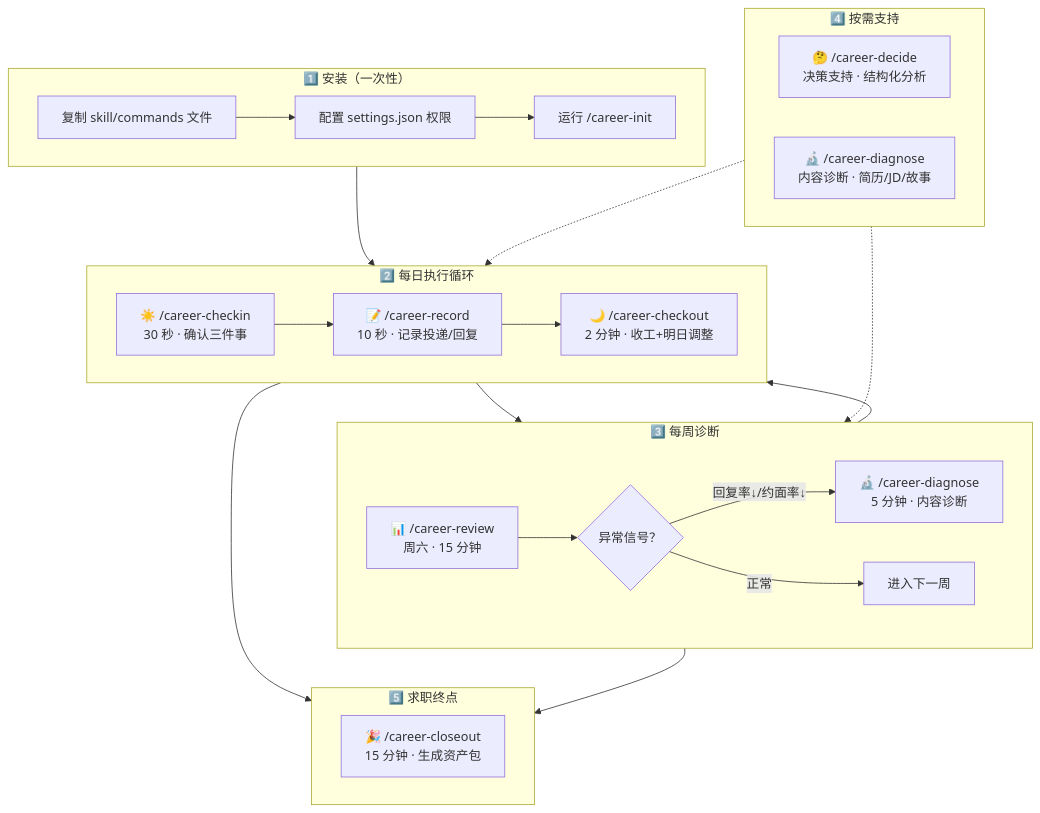
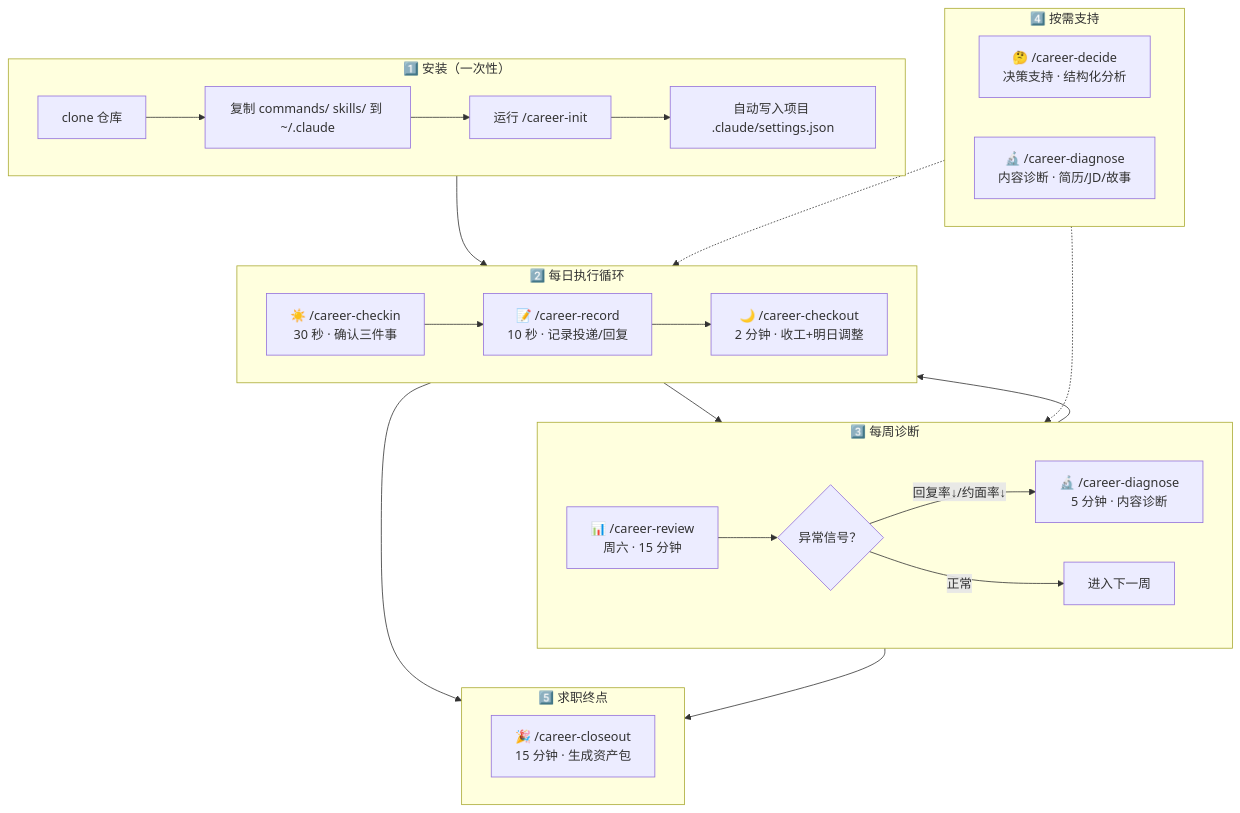
One commit to tangzzz-fan/career-coach-claude-skill changed the first of 3 diagrams in README.md. Above: the diagram before and after it, drawn with Mermaid. The commit also changed other lines of this file and 4 other files, not shown here.

````diff
--- a/README.md
+++ b/README.md
@@ -48,38 +48,38 @@
 ```mermaid
 flowchart TB
     subgraph 安装["1️⃣ 安装（一次性）"]
         direction LR
-        A1["复制 skill/commands 文件"] --> A2["配置 settings.json 权限"] --> A3["运行 /career-init"]
+        A1["clone 仓库"] --> A2["复制 commands/ skills/ 到 ~/.claude"] --> A3["运行 /career-init"] --> A4["自动写入项目 .claude/settings.json"]
     end
 
     subgraph 日常循环["2️⃣ 每日执行循环"]
         direction LR
         B1["☀️ /career-checkin<br/>30 秒 · 确认三件事"] --> B2["📝 /career-record<br/>10 秒 · 记录投递/回复"]
         B2 --> B3["🌙 /career-checkout<br/>2 分钟 · 收工+明日调整"]
     end
 
     subgraph 周循环["3️⃣ 每周诊断"]
         direction LR
         C1["📊 /career-review<br/>周六 · 15 分钟"] --> C2{"异常信号？"}
         C2 -->|"回复率↓/约面率↓"| C3["🔬 /career-diagnose<br/>5 分钟 · 内容诊断"]
         C2 -->|"正常"| C4["进入下一周"]
     end
 
     subgraph 按需["4️⃣ 按需支持"]
         direction LR
         D1["🤔 /career-decide<br/>决策支持 · 结构化分析"]
         D2["🔬 /career-diagnose<br/>内容诊断 · 简历/JD/故事"]
     end
 
     subgraph 收官["5️⃣ 求职终点"]
         E1["🎉 /career-closeout<br/>15 分钟 · 生成资产包"]
     end
 
     安装 --> 日常循环
     日常循环 --> 周循环
     周循环 --> 日常循环
     按需 -.-> 日常循环
     按需 -.-> 周循环
     日常循环 --> 收官
     周循环 --> 收官
 ```
````
